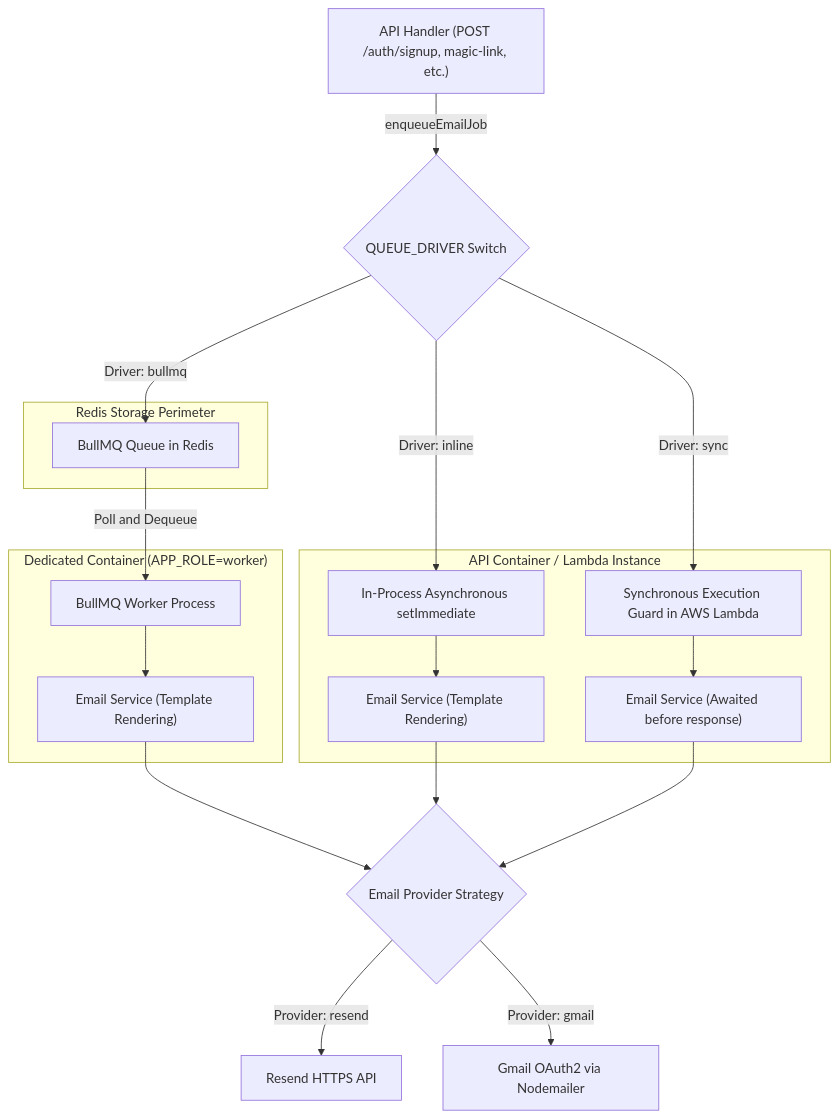
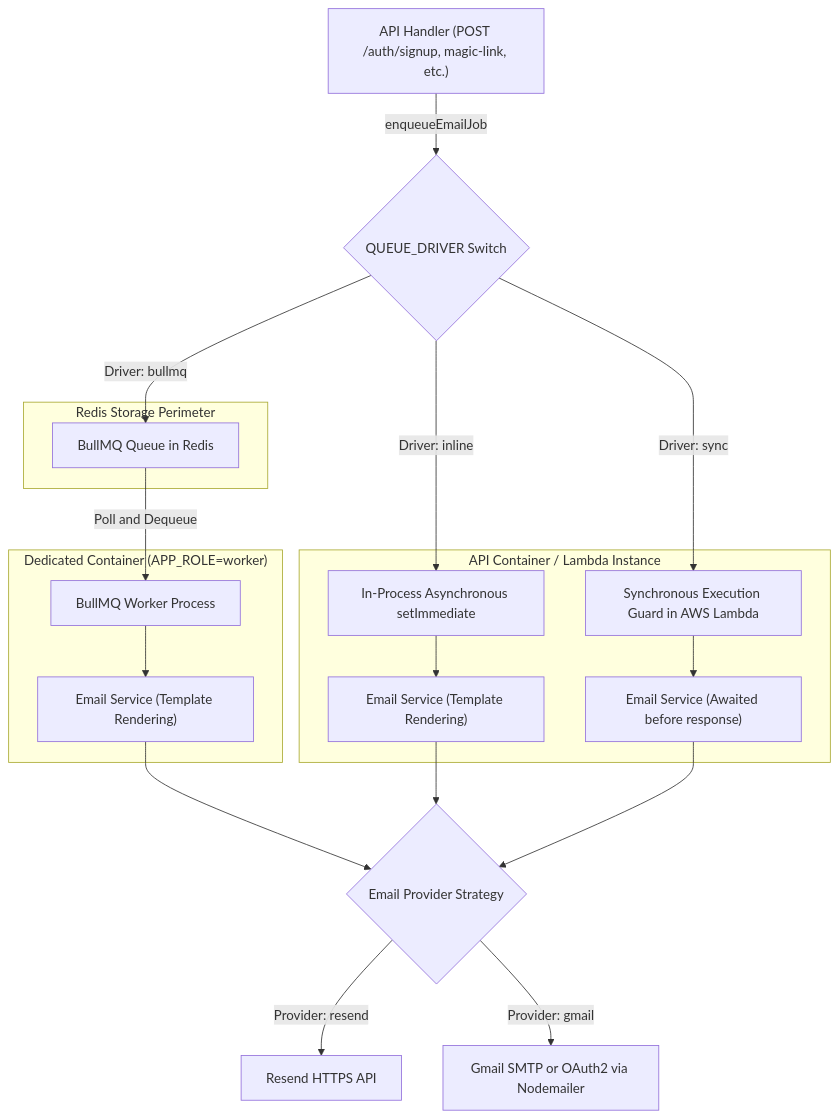
The seventh of 9 diagrams in docs/ARCHITECTURE.md (utkarshj014/authsphere), drawn with Mermaid before and after one commit. The commit also changed other lines of this file and 13 other files, not shown here.

````diff
--- a/docs/ARCHITECTURE.md
+++ b/docs/ARCHITECTURE.md
@@ -563,32 +563,32 @@
 ```mermaid
 flowchart TD
     API["API Handler (POST /auth/signup, magic-link, etc.)"] -->|"enqueueEmailJob"| Dispatcher{"QUEUE_DRIVER Switch"}
 
     Dispatcher -->|"Driver: bullmq"| BullMQQueue["BullMQ Queue in Redis"]
     Dispatcher -->|"Driver: inline"| EventLoop["In-Process Asynchronous setImmediate"]
     Dispatcher -->|"Driver: sync"| InBand["Synchronous Execution Guard in AWS Lambda"]
 
     subgraph RedisTransit ["Redis Storage Perimeter"]
         BullMQQueue
     end
 
     subgraph DedicatedWorker ["Dedicated Container (APP_ROLE=worker)"]
         BullMQWorker["BullMQ Worker Process"]
         EmailServiceWorker["Email Service (Template Rendering)"]
     end
 
     subgraph ApiProcess ["API Container / Lambda Instance"]
         EventLoop --> EmailServiceInline["Email Service (Template Rendering)"]
         InBand --> EmailServiceSync["Email Service (Awaited before response)"]
     end
 
     BullMQQueue -->|"Poll and Dequeue"| BullMQWorker
     BullMQWorker --> EmailServiceWorker
 
     EmailServiceWorker --> Gateway{"Email Provider Strategy"}
     EmailServiceInline --> Gateway
     EmailServiceSync --> Gateway
 
     Gateway -->|"Provider: resend"| ResendAPI["Resend HTTPS API"]
-    Gateway -->|"Provider: gmail"| GmailOAuth["Gmail OAuth2 via Nodemailer"]
+    Gateway -->|"Provider: gmail"| GmailDelivery["Gmail SMTP or OAuth2 via Nodemailer"]
 ```
````
